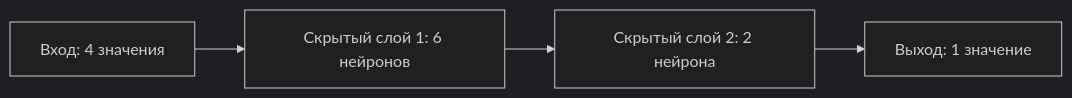
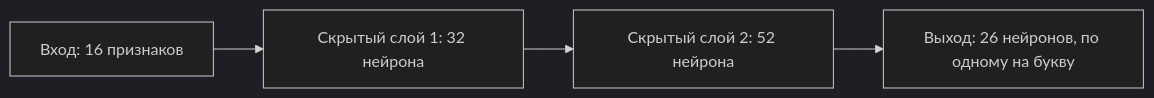
One commit to galvatrone/-_neural_network changed the diagram in README.ru.md. Above: the diagram before and after it, drawn with Mermaid (dark theme). The commit also changed other lines of this file and 3 other files, not shown here.

````diff
--- a/README.ru.md
+++ b/README.ru.md
@@ -22,6 +54,6 @@
 ```mermaid
 flowchart LR
-    X["Вход: 4 значения"] --> H1["Скрытый слой 1: 6 нейронов"]
-    H1 --> H2["Скрытый слой 2: 2 нейрона"]
-    H2 --> Y["Выход: 1 значение"]
+    X["Вход: 16 признаков"] --> H1["Скрытый слой 1: 32 нейрона"]
+    H1 --> H2["Скрытый слой 2: 52 нейрона"]
+    H2 --> Y["Выход: 26 нейронов, по одному на букву"]
 ```
````
